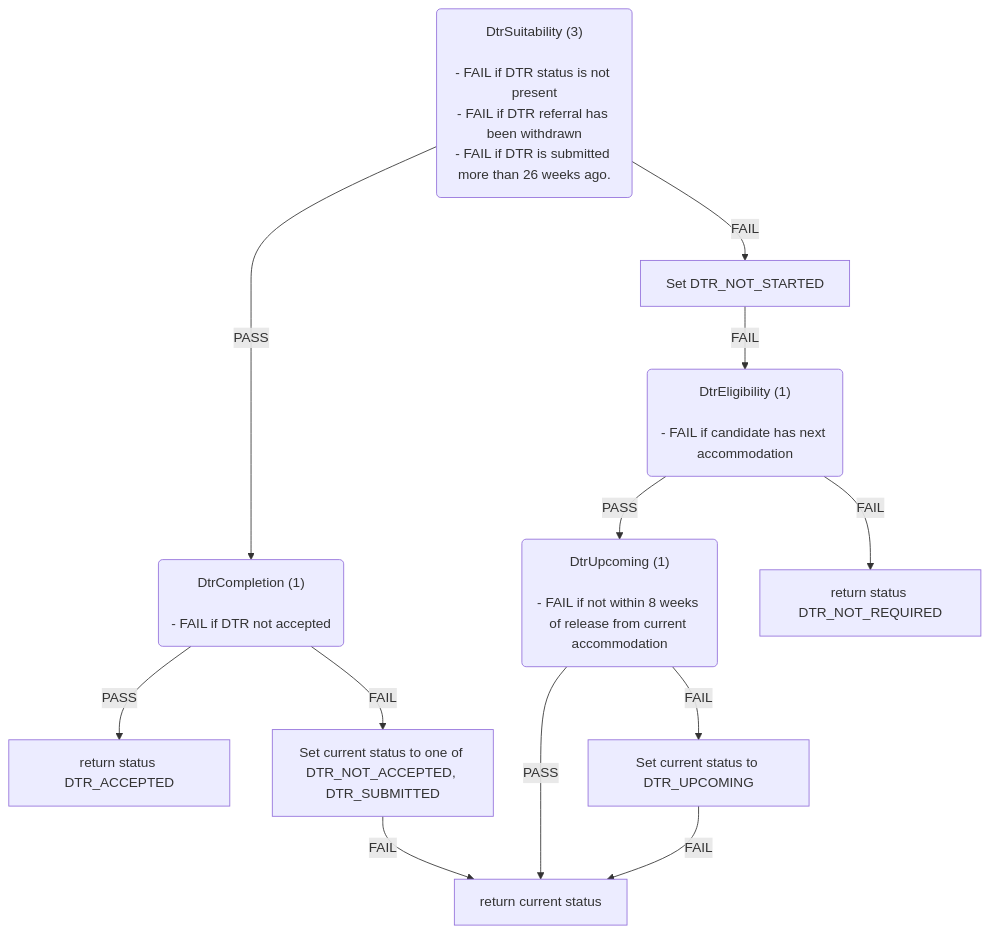
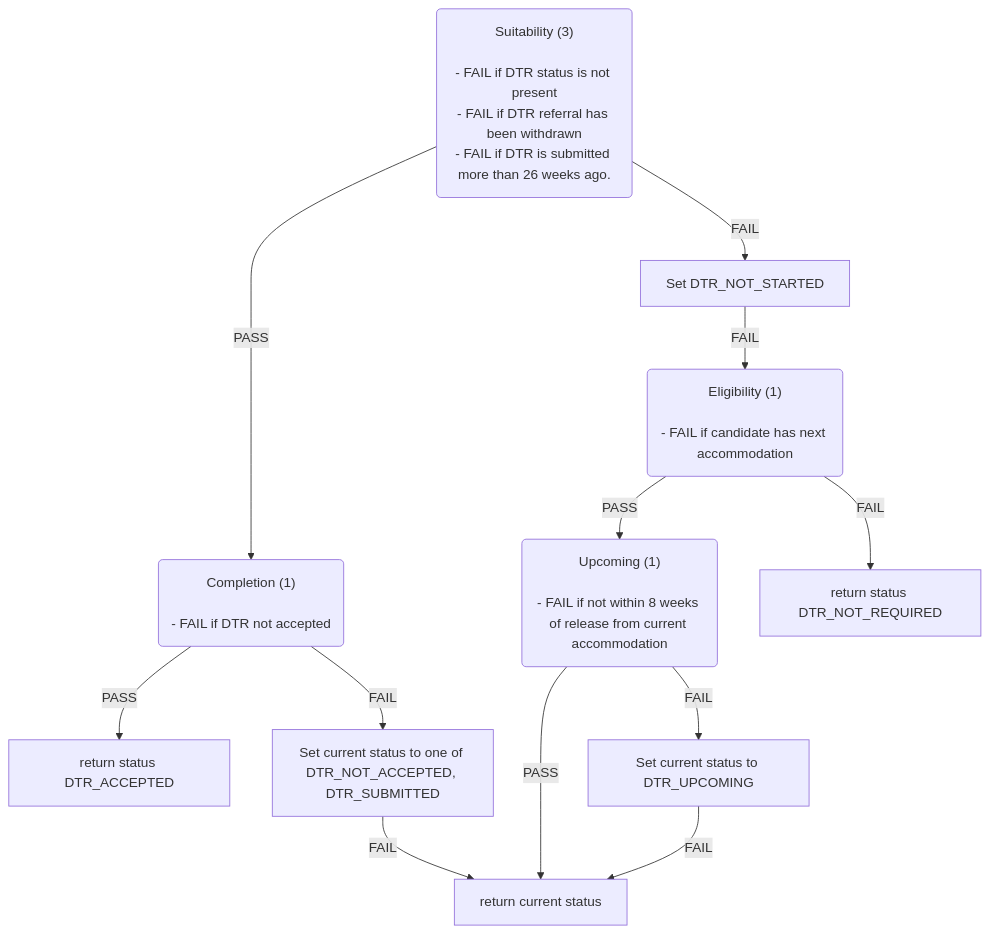
Before and after one commit to ministryofjustice/hmpps-single-accommodation-service-api: the fifth of 6 diagrams in docs/eligibility-rules-graph.md, drawn with Mermaid. The commit also changed other lines of this file and 41 other files, not shown here.

First line of the commit message:
Improve rules graph rule set labelling (#805)

````diff
--- a/docs/eligibility-rules-graph.md
+++ b/docs/eligibility-rules-graph.md
@@ -437,34 +437,34 @@
 ```mermaid
 flowchart TD
-  DtrSuitability("DtrSuitability (3)
+  Suitability("Suitability (3)
 
 - FAIL if DTR status is not present
 - FAIL if DTR referral has been withdrawn
 - FAIL if DTR is submitted more than 26 weeks ago.")
-  DtrCompletion("DtrCompletion (1)
+  Completion("Completion (1)
 
 - FAIL if DTR not accepted")
   return_status_DTR_ACCEPTED["return status DTR_ACCEPTED"]
   Set_current_status_to_one_of_DTR_NOT_ACCEPTED__DTR_SUBMITTED["Set current status to one of DTR_NOT_ACCEPTED, DTR_SUBMITTED"]
   return_current_status["return current status"]
   Set_DTR_NOT_STARTED["Set DTR_NOT_STARTED"]
-  DtrEligibility("DtrEligibility (1)
+  Eligibility("Eligibility (1)
 
 - FAIL if candidate has next accommodation")
-  DtrUpcoming("DtrUpcoming (1)
+  Upcoming("Upcoming (1)
 
 - FAIL if not within 8 weeks of release from current accommodation")
   Set_current_status_to_DTR_UPCOMING["Set current status to DTR_UPCOMING"]
   return_status_DTR_NOT_REQUIRED["return status DTR_NOT_REQUIRED"]
-  DtrCompletion -->|PASS| return_status_DTR_ACCEPTED
-  DtrCompletion -->|FAIL| Set_current_status_to_one_of_DTR_NOT_ACCEPTED__DTR_SUBMITTED
+  Completion -->|PASS| return_status_DTR_ACCEPTED
+  Completion -->|FAIL| Set_current_status_to_one_of_DTR_NOT_ACCEPTED__DTR_SUBMITTED
   Set_current_status_to_one_of_DTR_NOT_ACCEPTED__DTR_SUBMITTED -->|FAIL| return_current_status
-  DtrSuitability -->|PASS| DtrCompletion
-  DtrSuitability -->|FAIL| Set_DTR_NOT_STARTED
-  DtrUpcoming -->|PASS| return_current_status
-  DtrUpcoming -->|FAIL| Set_current_status_to_DTR_UPCOMING
+  Suitability -->|PASS| Completion
+  Suitability -->|FAIL| Set_DTR_NOT_STARTED
+  Upcoming -->|PASS| return_current_status
+  Upcoming -->|FAIL| Set_current_status_to_DTR_UPCOMING
   Set_current_status_to_DTR_UPCOMING -->|FAIL| return_current_status
-  DtrEligibility -->|PASS| DtrUpcoming
-  DtrEligibility -->|FAIL| return_status_DTR_NOT_REQUIRED
-  Set_DTR_NOT_STARTED -->|FAIL| DtrEligibility
+  Eligibility -->|PASS| Upcoming
+  Eligibility -->|FAIL| return_status_DTR_NOT_REQUIRED
+  Set_DTR_NOT_STARTED -->|FAIL| Eligibility
 ```
````
